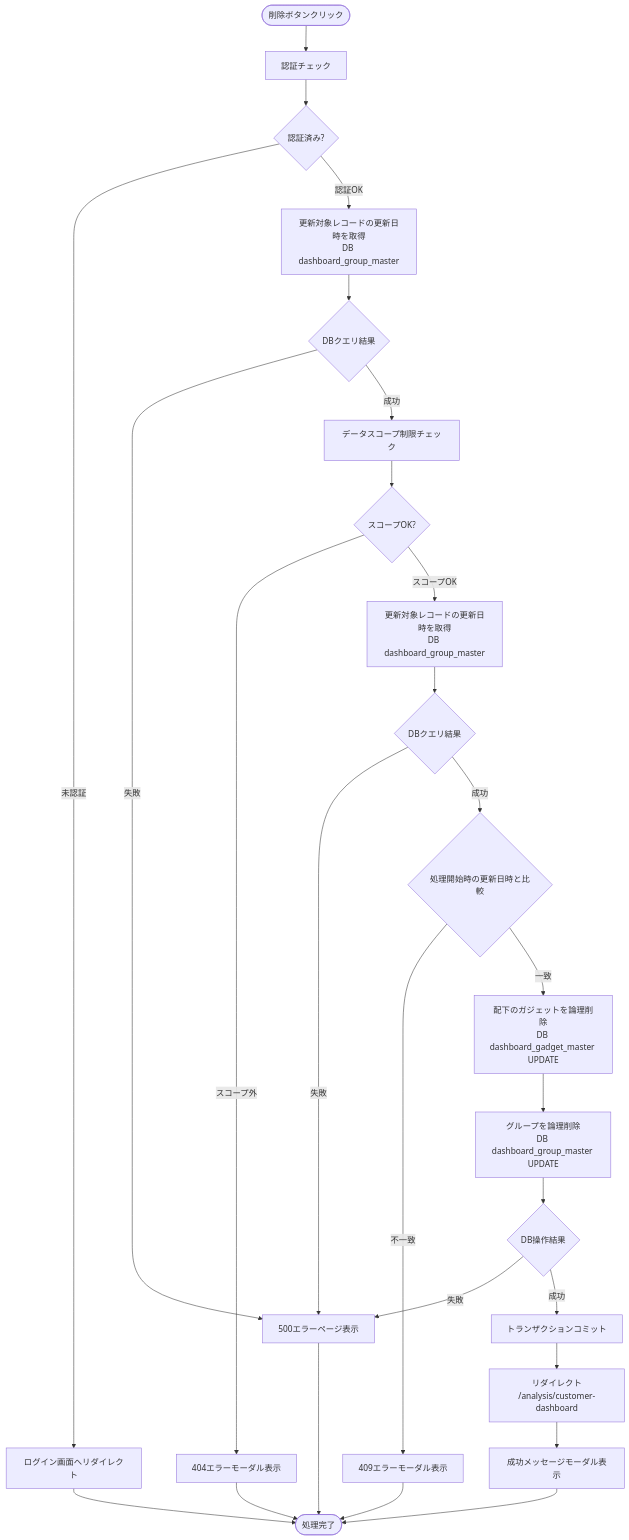
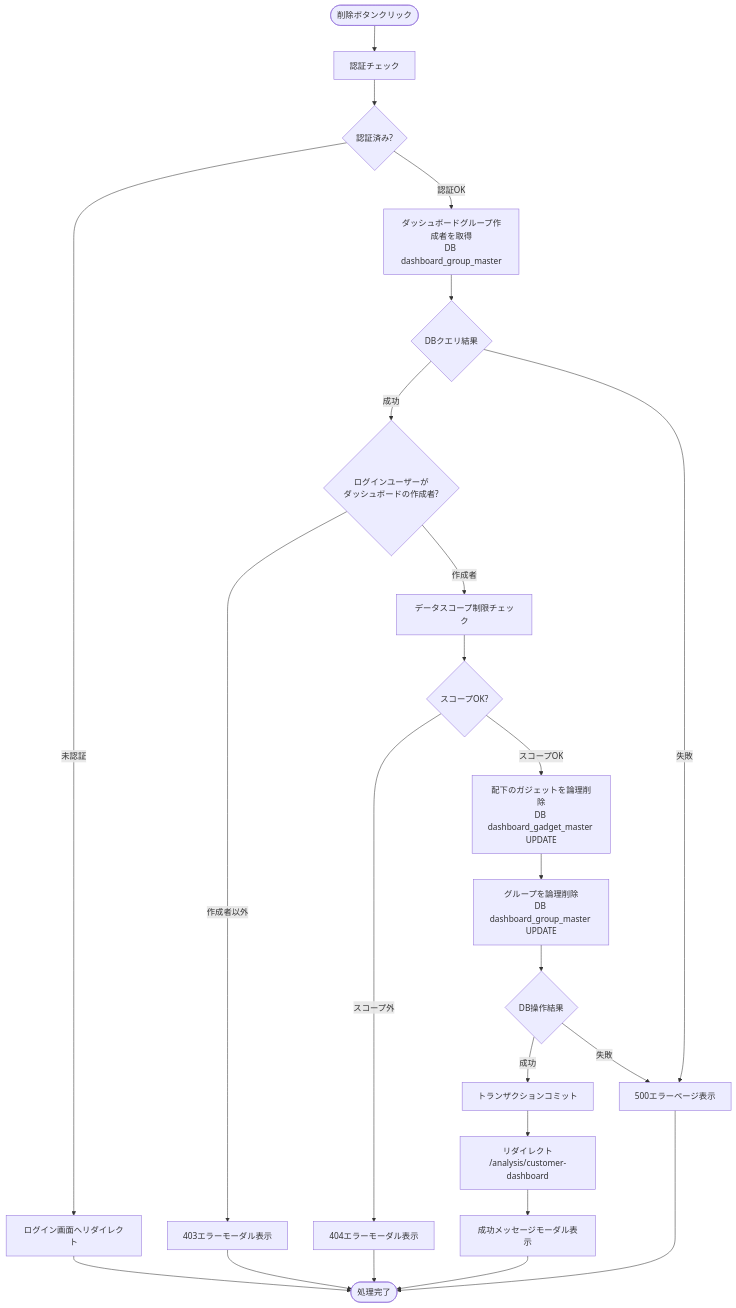
Before and after one commit to NSW-SVCP-AIWG002/Databricks-IoT: the eighth of 15 diagrams in docs/03-features/flask-app/customer-dashboard/common/workflow-specification.md, drawn with Mermaid. The commit also changed other lines of this file and 4 other files, not shown here.

````diff
--- a/docs/03-features/flask-app/customer-dashboard/common/workflow-specification.md
+++ b/docs/03-features/flask-app/customer-dashboard/common/workflow-specification.md
@@ -1588,36 +1585,32 @@
 ```mermaid
 flowchart TD
     Start([削除ボタンクリック]) --> Auth[認証チェック]
     Auth --> CheckAuth{認証済み?}
     CheckAuth -->|未認証| LoginRedirect[ログイン画面へリダイレクト]
+    CheckAuth -->|認証OK| DashboardGroupQuery[ダッシュボードグループ作成者を取得<br>DB dashboard_group_master]
 
-    CheckAuth -->|認証OK| UpdateDateQuery1[更新対象レコードの更新日時を取得<br>DB dashboard_group_master]
-    UpdateDateQuery1 --> CheckUpdateDateQuery1{DBクエリ結果}
-    CheckUpdateDateQuery1 -->|失敗| Error500[500エラーページ表示]
+    DashboardGroupQuery --> CheckDashboardGroupQuery{DBクエリ結果}
+    CheckDashboardGroupQuery -->|成功| CheckCreator{ログインユーザーが<br>ダッシュボードの作成者?}
+    CheckDashboardGroupQuery -->|失敗| Error500[500エラーページ表示]
 
-    CheckUpdateDateQuery1 -->|成功| Scope[データスコープ制限チェック]
+    CheckCreator -->|作成者以外| Error403[403エラーモーダル表示]
+    CheckCreator -->|作成者| Scope[データスコープ制限チェック]
+
     Scope --> CheckScope{スコープOK?}
     CheckScope -->|スコープ外| Error404[404エラーモーダル表示]
+    CheckScope -->|スコープOK| DeleteGadgets[配下のガジェットを論理削除<br>DB dashboard_gadget_master UPDATE]
 
-    CheckScope -->|スコープOK| UpdateDateQuery2[更新対象レコードの更新日時を取得<br>DB dashboard_group_master]
-    UpdateDateQuery2 --> CheckUpdateDateQuery2{DBクエリ結果}
-    CheckUpdateDateQuery2 -->|失敗| Error500
-
-    CheckUpdateDateQuery2 -->|成功| ComparisonUpdateDate{処理開始時の更新日時と比較}
-    ComparisonUpdateDate -->|不一致| Error409[409エラーモーダル表示]
-
-    ComparisonUpdateDate -->|一致| DeleteGadgets[配下のガジェットを論理削除<br>DB dashboard_gadget_master UPDATE]
     DeleteGadgets --> DeleteGroup[グループを論理削除<br>DB dashboard_group_master UPDATE]
     DeleteGroup --> CheckDelete{DB操作結果}
+    CheckDelete -->|成功| Commit[トランザクションコミット]
     CheckDelete -->|失敗| Error500
-    CheckDelete -->|成功| Commit[トランザクションコミット]
 
     Commit --> Redirect[リダイレクト<br>/analysis/customer-dashboard]
     Redirect --> 200OK[成功メッセージモーダル表示]
 
     LoginRedirect --> End([処理完了])
     200OK --> End
+    Error403 --> End
     Error404 --> End
-    Error409 --> End
     Error500 --> End
 ```
````
